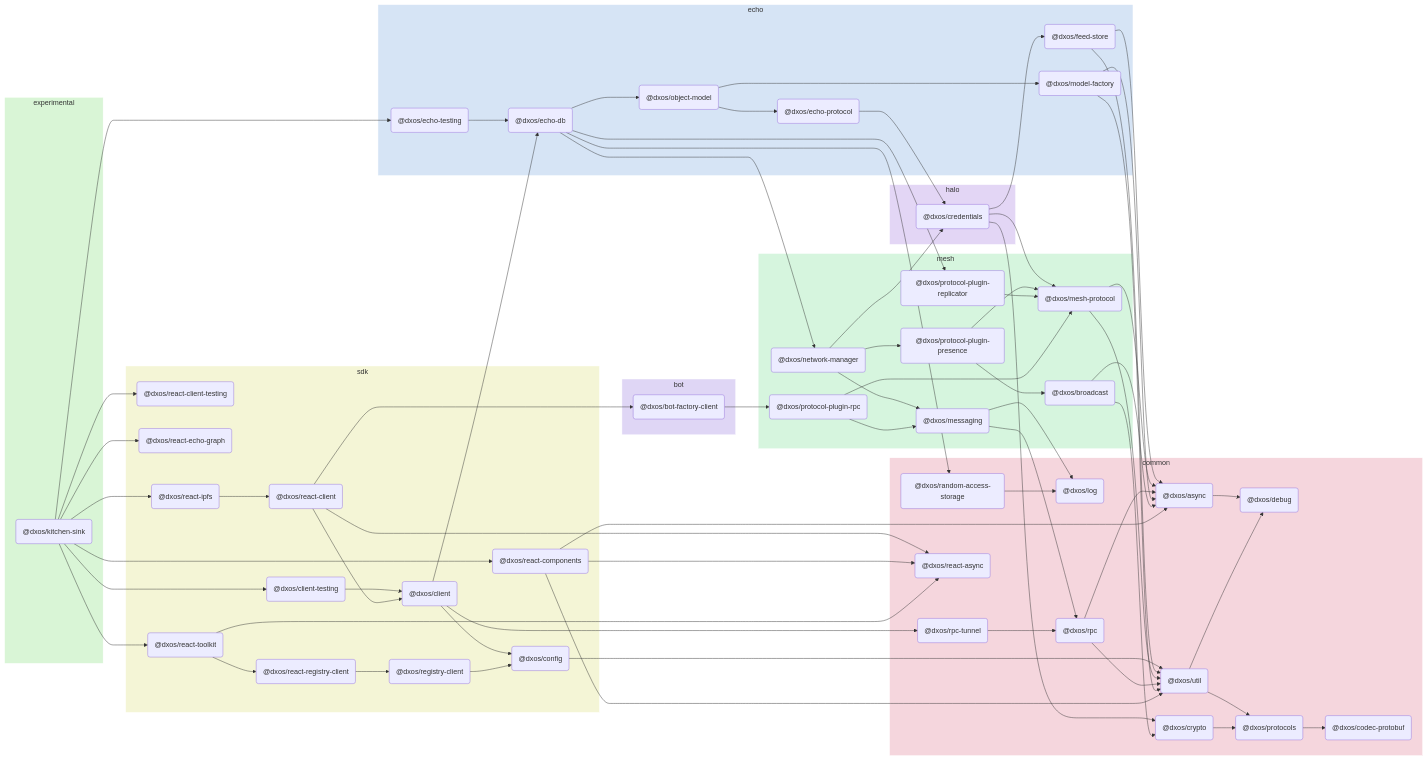
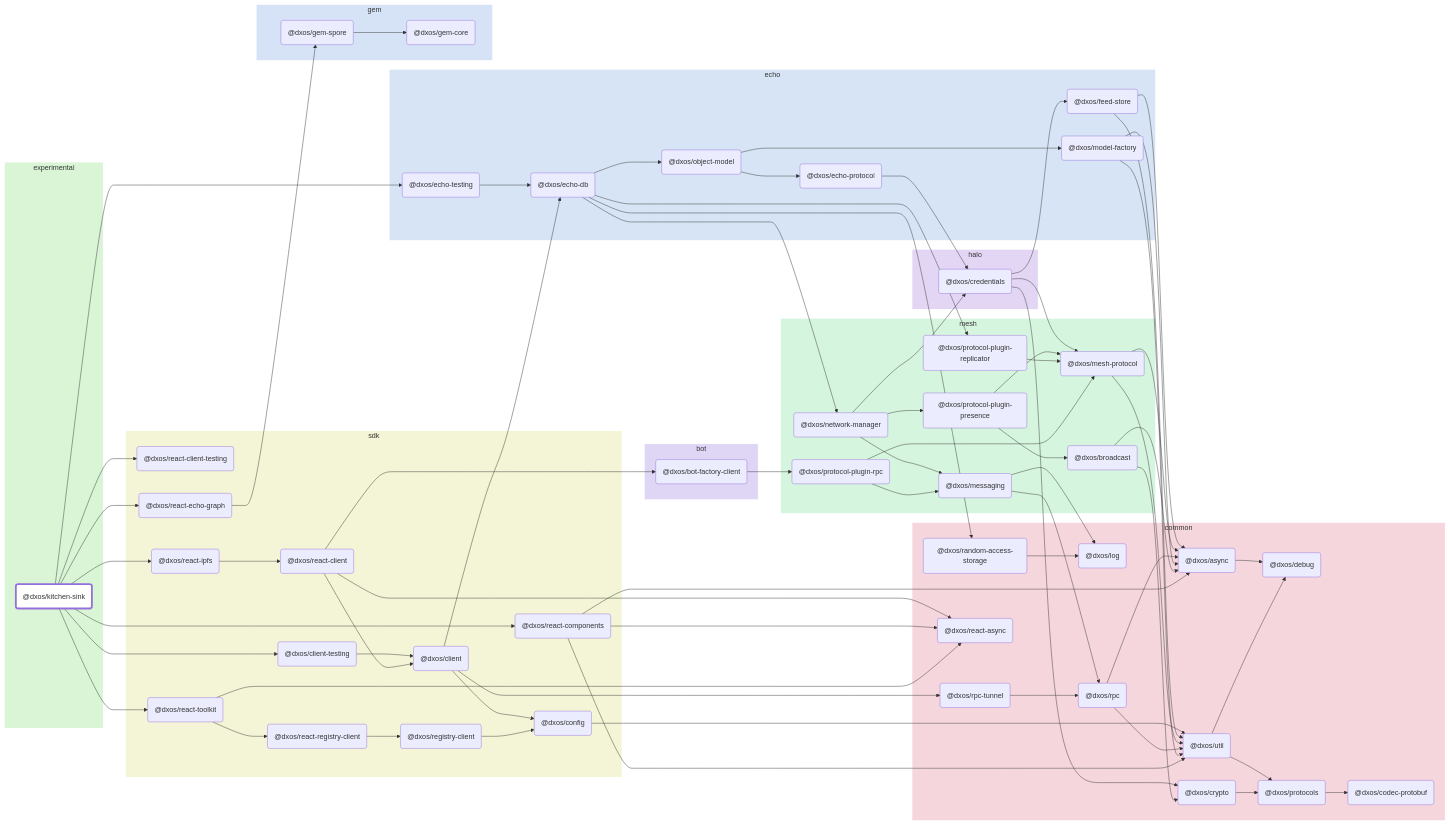
The diagram in apps/experimental/kitchen-sink/docs/README.md (dxos/dxos), drawn with Mermaid before and after one commit. The commit also changed other lines of this file and 88 other files, not shown here.

````diff
--- a/apps/experimental/kitchen-sink/docs/README.md
+++ b/apps/experimental/kitchen-sink/docs/README.md
@@ -5,5 +7,44 @@
 ```mermaid
 flowchart LR;
+
+style dxos/kitchen-sink fill:#fff,stroke-width:4px;
+
+click dxos/client "https:/github.com/dxos/dxos/tree/main/packages/sdk/client/docs";
+click dxos/async "https:/github.com/dxos/dxos/tree/main/packages/common/async/docs";
+click dxos/codec-protobuf "https:/github.com/dxos/dxos/tree/main/packages/common/codec-protobuf/docs";
+click dxos/config "https:/github.com/dxos/dxos/tree/main/packages/sdk/config/docs";
+click dxos/debug "https:/github.com/dxos/dxos/tree/main/packages/common/debug/docs";
+click dxos/echo-db "https:/github.com/dxos/dxos/tree/main/packages/echo/echo-db/docs";
+click dxos/model-factory "https:/github.com/dxos/dxos/tree/main/packages/echo/model-factory/docs";
+click dxos/protocols "https:/github.com/dxos/dxos/tree/main/packages/common/protocols/docs";
+click dxos/rpc "https:/github.com/dxos/dxos/tree/main/packages/common/rpc/docs";
+click dxos/rpc-tunnel "https:/github.com/dxos/dxos/tree/main/packages/common/rpc-tunnel/docs";
+click dxos/messaging "https:/github.com/dxos/dxos/tree/main/packages/mesh/messaging/docs";
+click dxos/util "https:/github.com/dxos/dxos/tree/main/packages/common/util/docs";
+click dxos/client-testing "https:/github.com/dxos/dxos/tree/main/packages/sdk/client-testing/docs";
+click dxos/log "https:/github.com/dxos/dxos/tree/main/packages/common/log/docs";
+click dxos/credentials "https:/github.com/dxos/dxos/tree/main/packages/halo/credentials/docs";
+click dxos/crypto "https:/github.com/dxos/dxos/tree/main/packages/common/crypto/docs";
+click dxos/echo-protocol "https:/github.com/dxos/dxos/tree/main/packages/echo/echo-protocol/docs";
+click dxos/feed-store "https:/github.com/dxos/dxos/tree/main/packages/echo/feed-store/docs";
+click dxos/mesh-protocol "https:/github.com/dxos/dxos/tree/main/packages/mesh/mesh-protocol/docs";
+click dxos/network-manager "https:/github.com/dxos/dxos/tree/main/packages/mesh/network-manager/docs";
+click dxos/object-model "https:/github.com/dxos/dxos/tree/main/packages/echo/object-model/docs";
+click dxos/protocol-plugin-presence "https:/github.com/dxos/dxos/tree/main/packages/mesh/protocol-plugin-presence/docs";
+click dxos/protocol-plugin-replicator "https:/github.com/dxos/dxos/tree/main/packages/mesh/protocol-plugin-replicator/docs";
+click dxos/random-access-storage "https:/github.com/dxos/dxos/tree/main/packages/common/random-access-storage/docs";
+click dxos/echo-testing "https:/github.com/dxos/dxos/tree/main/packages/echo/echo-testing/docs";
+click dxos/gem-core "https:/github.com/dxos/dxos/tree/main/packages/gem/gem-core/docs";
+click dxos/gem-spore "https:/github.com/dxos/dxos/tree/main/packages/gem/gem-spore/docs";
+click dxos/react-client "https:/github.com/dxos/dxos/tree/main/packages/sdk/react-client/docs";
+click dxos/bot-factory-client "https:/github.com/dxos/dxos/tree/main/packages/bot/bot-factory-client/docs";
+click dxos/react-async "https:/github.com/dxos/dxos/tree/main/packages/common/react-async/docs";
+click dxos/react-client-testing "https:/github.com/dxos/dxos/tree/main/packages/sdk/react-client-testing/docs";
+click dxos/react-components "https:/github.com/dxos/dxos/tree/main/packages/sdk/react-components/docs";
+click dxos/react-echo-graph "https:/github.com/dxos/dxos/tree/main/packages/sdk/react-echo-graph/docs";
+click dxos/react-ipfs "https:/github.com/dxos/dxos/tree/main/packages/sdk/react-ipfs/docs";
+click dxos/react-toolkit "https:/github.com/dxos/dxos/tree/main/packages/sdk/react-toolkit/docs";
+click dxos/react-registry-client "https:/github.com/dxos/dxos/tree/main/packages/sdk/react-registry-client/docs";
 
 subgraph experimental
   style experimental fill:#d9f5d6,stroke:#fff;
@@ -66,6 +107,12 @@
   dxos/protocol-plugin-rpc("@dxos/protocol-plugin-rpc");
 end
 
+subgraph gem
+  style gem fill:#d6e2f5,stroke:#fff;
+  dxos/gem-core("@dxos/gem-core");
+  dxos/gem-spore("@dxos/gem-spore");
+end
+
 subgraph bot
   style bot fill:#dfd6f5,stroke:#fff;
   dxos/bot-factory-client("@dxos/bot-factory-client");
@@ -114,6 +161,7 @@
 dxos/client-testing --> dxos/client;
 dxos/kitchen-sink --> dxos/echo-testing;
 dxos/echo-testing --> dxos/echo-db;
+dxos/gem-spore --> dxos/gem-core;
 dxos/react-client --> dxos/bot-factory-client;
 dxos/bot-factory-client --> dxos/protocol-plugin-rpc;
 dxos/protocol-plugin-rpc --> dxos/messaging;
@@ -126,6 +174,7 @@
 dxos/react-components --> dxos/react-async;
 dxos/react-components --> dxos/util;
 dxos/kitchen-sink --> dxos/react-echo-graph;
+dxos/react-echo-graph --> dxos/gem-spore;
 dxos/kitchen-sink --> dxos/react-ipfs;
 dxos/react-ipfs --> dxos/react-client;
 dxos/kitchen-sink --> dxos/react-toolkit;
````
